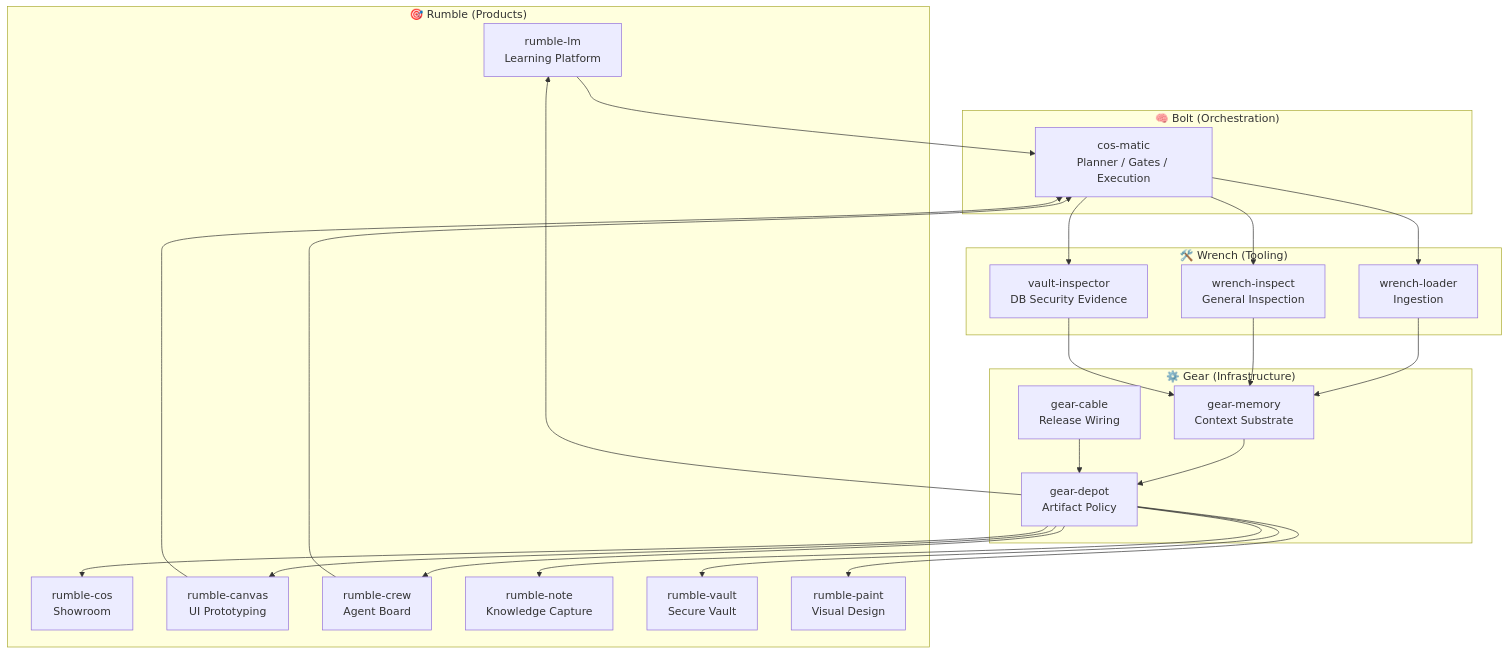
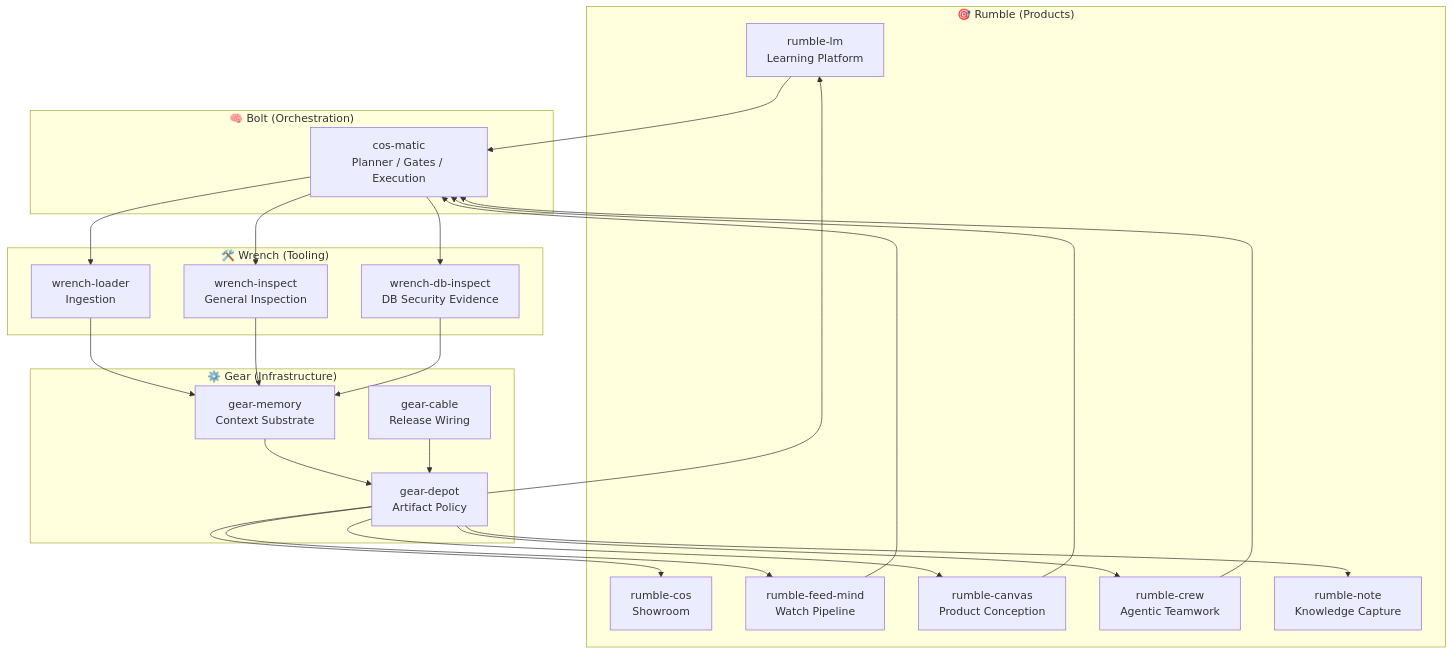
One commit to constantin-jais/constantin-jais changed the diagram in README.md. Above: the diagram before and after it, drawn with Mermaid. The commit also changed other lines of this file, not shown here.

Commit message:
docs: align rumble product map

````diff
--- a/README.md
+++ b/README.md
@@ -99,47 +98,46 @@
 ```mermaid
 graph TD
     subgraph Rumble_Layer ["🎯 Rumble (Products)"]
         RL["rumble-lm<br/>Learning Platform"]
         RC["rumble-cos<br/>Showroom"]
-        RCanvas["rumble-canvas<br/>UI Prototyping"]
-        RCrew["rumble-crew<br/>Agent Board"]
+        RFM["rumble-feed-mind<br/>Watch Pipeline"]
+        RCanvas["rumble-canvas<br/>Product Conception"]
+        RCrew["rumble-crew<br/>Agentic Teamwork"]
         RNote["rumble-note<br/>Knowledge Capture"]
-        RVault["rumble-vault<br/>Secure Vault"]
-        RPaint["rumble-paint<br/>Visual Design"]
     end
 
     subgraph Bolt_Layer ["🧠 Bolt (Orchestration)"]
         CM["cos-matic<br/>Planner / Gates / Execution"]
     end
 
     subgraph Wrench_Layer ["🛠️ Wrench (Tooling)"]
         WL["wrench-loader<br/>Ingestion"]
         WI["wrench-inspect<br/>General Inspection"]
-        VI["vault-inspector<br/>DB Security Evidence"]
+        VI["wrench-db-inspect<br/>DB Security Evidence"]
     end
 
     subgraph Gear_Layer ["⚙️ Gear (Infrastructure)"]
         GM["gear-memory<br/>Context Substrate"]
         GD["gear-depot<br/>Artifact Policy"]
         GC["gear-cable<br/>Release Wiring"]
     end
 
     RCanvas --> CM
     RCrew --> CM
     RL --> CM
+    RFM --> CM
     CM --> WL
     CM --> WI
     CM --> VI
     WL --> GM
     WI --> GM
     VI --> GM
     GM --> GD
     GC --> GD
     GD --> RL
     GD --> RC
+    GD --> RFM
     GD --> RCanvas
     GD --> RCrew
     GD --> RNote
-    GD --> RVault
-    GD --> RPaint
 ```
````
